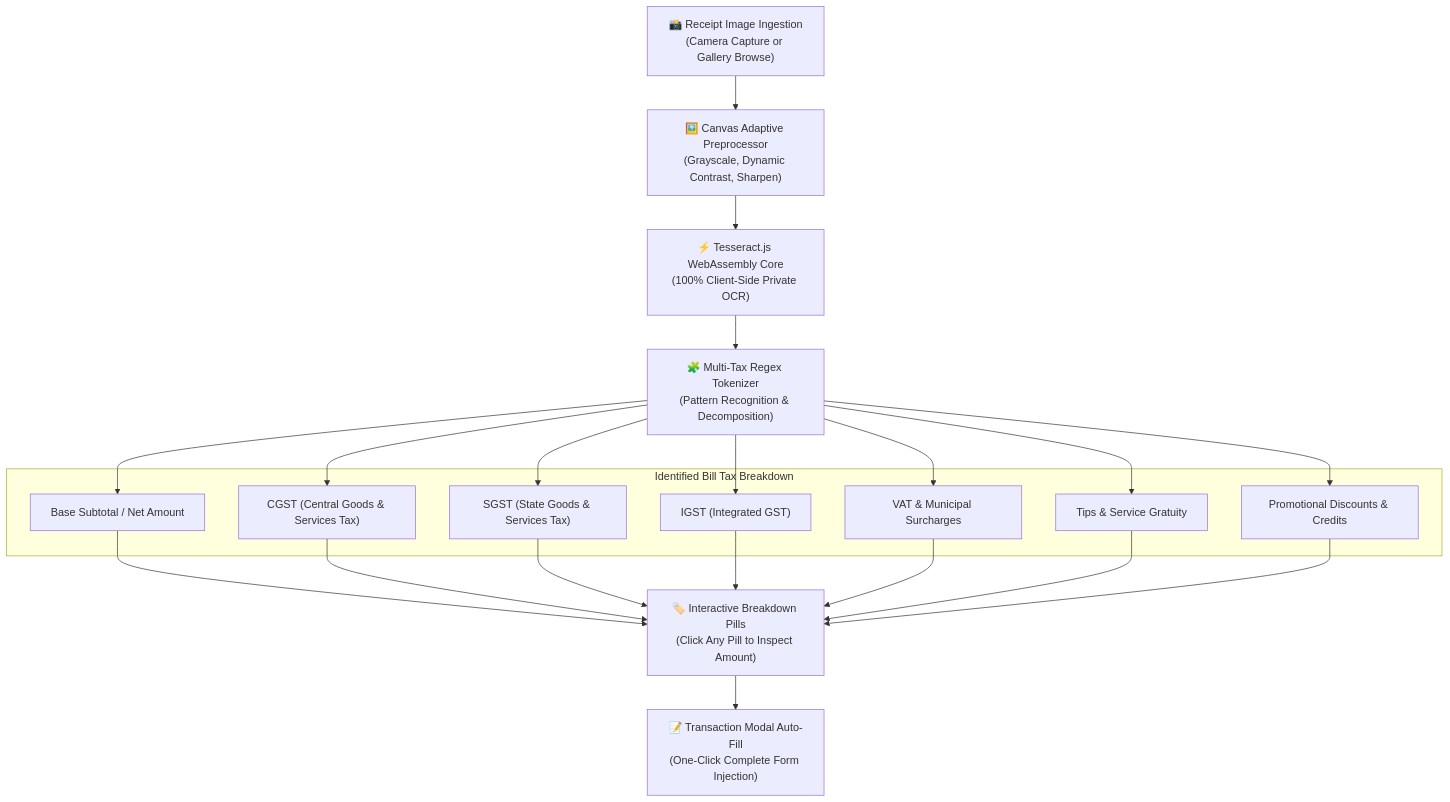
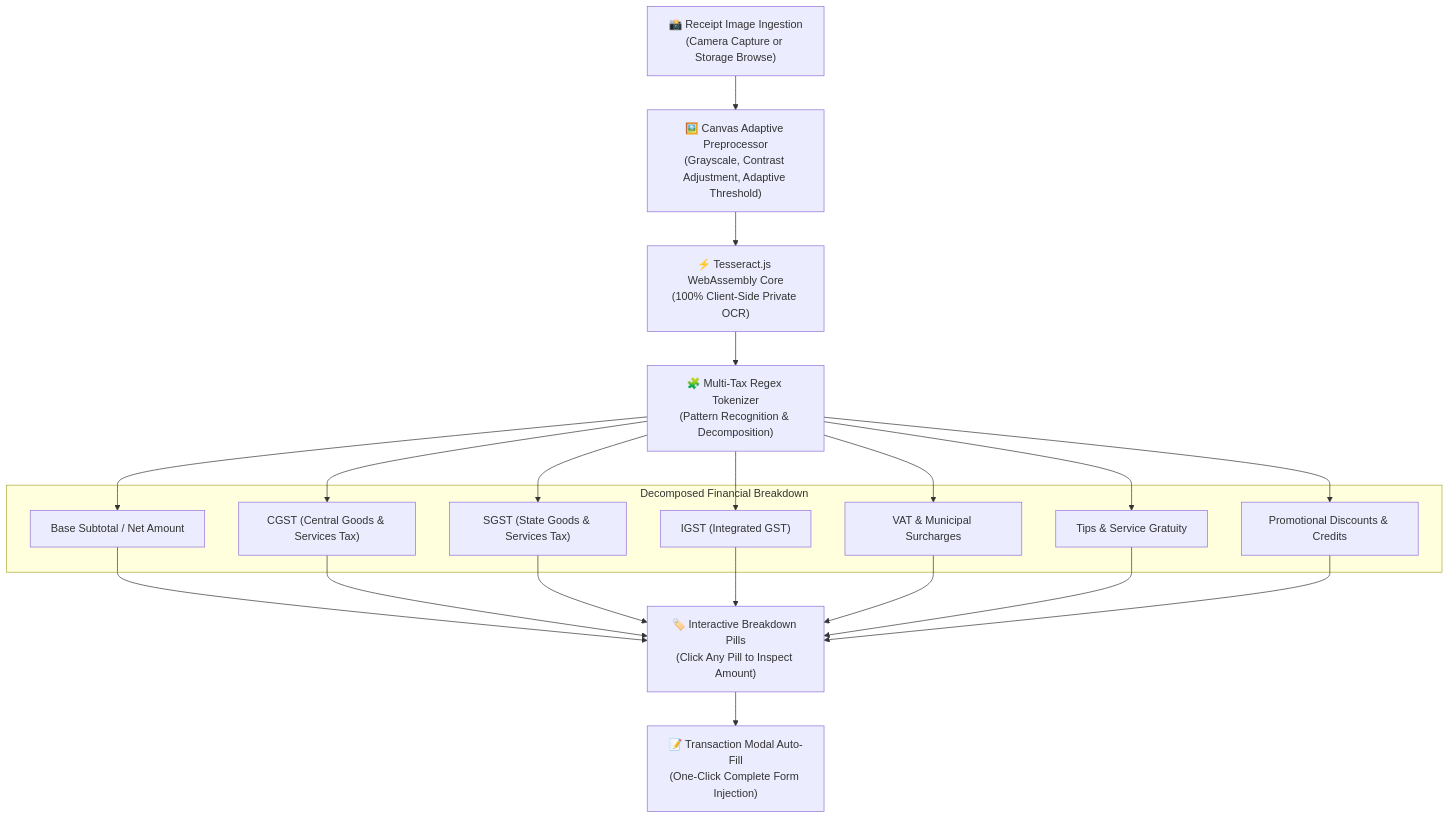
One commit to Yoge-2004/expense-tracker changed the fourth of 4 diagrams in README.md. Above: the diagram before and after it, drawn with Mermaid. The commit also changed other lines of this file, not shown here.

````diff
--- a/README.md
+++ b/README.md
@@ -241,24 +259,24 @@
 ```mermaid
 flowchart TD
-    Scan["📸 Receipt Image Ingestion<br/>(Camera Capture or Gallery Browse)"]
-    Canvas["🖼️ Canvas Adaptive Preprocessor<br/>(Grayscale, Dynamic Contrast, Sharpen)"]
+    Scan["📸 Receipt Image Ingestion<br/>(Camera Capture or Storage Browse)"]
+    Canvas["🖼️ Canvas Adaptive Preprocessor<br/>(Grayscale, Contrast Adjustment, Adaptive Threshold)"]
     WASM["⚡ Tesseract.js WebAssembly Core<br/>(100% Client-Side Private OCR)"]
     Parser["🧩 Multi-Tax Regex Tokenizer<br/>(Pattern Recognition & Decomposition)"]
 
-    subgraph Taxes ["Identified Bill Tax Breakdown"]
+    subgraph TaxBreakdown ["Decomposed Financial Breakdown"]
         Base["Base Subtotal / Net Amount"]
         CGST["CGST (Central Goods & Services Tax)"]
         SGST["SGST (State Goods & Services Tax)"]
         IGST["IGST (Integrated GST)"]
         VAT["VAT & Municipal Surcharges"]
         Tips["Tips & Service Gratuity"]
         Disc["Promotional Discounts & Credits"]
     end
 
     Pills["🏷️ Interactive Breakdown Pills<br/>(Click Any Pill to Inspect Amount)"]
     Modal["📝 Transaction Modal Auto-Fill<br/>(One-Click Complete Form Injection)"]
 
     Scan --> Canvas --> WASM --> Parser
     Parser --> Base & CGST & SGST & IGST & VAT & Tips & Disc
     Base & CGST & SGST & IGST & VAT & Tips & Disc --> Pills --> Modal
 ```
````
